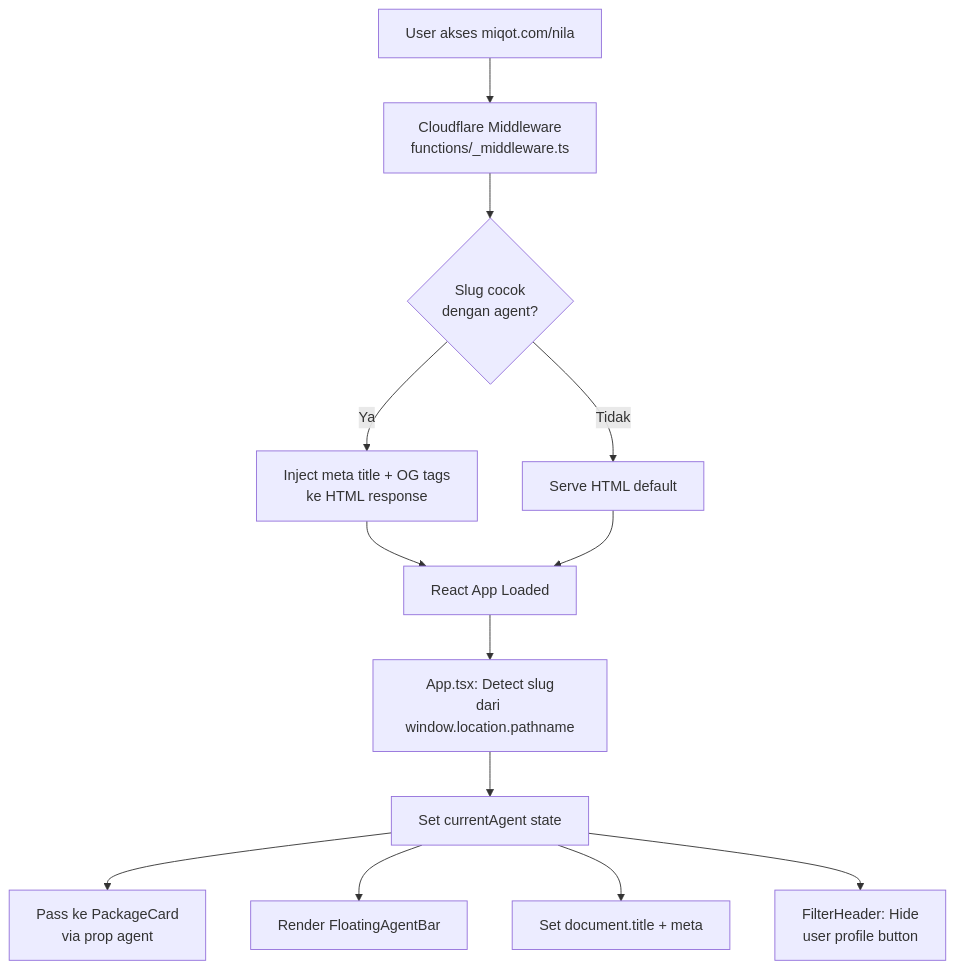
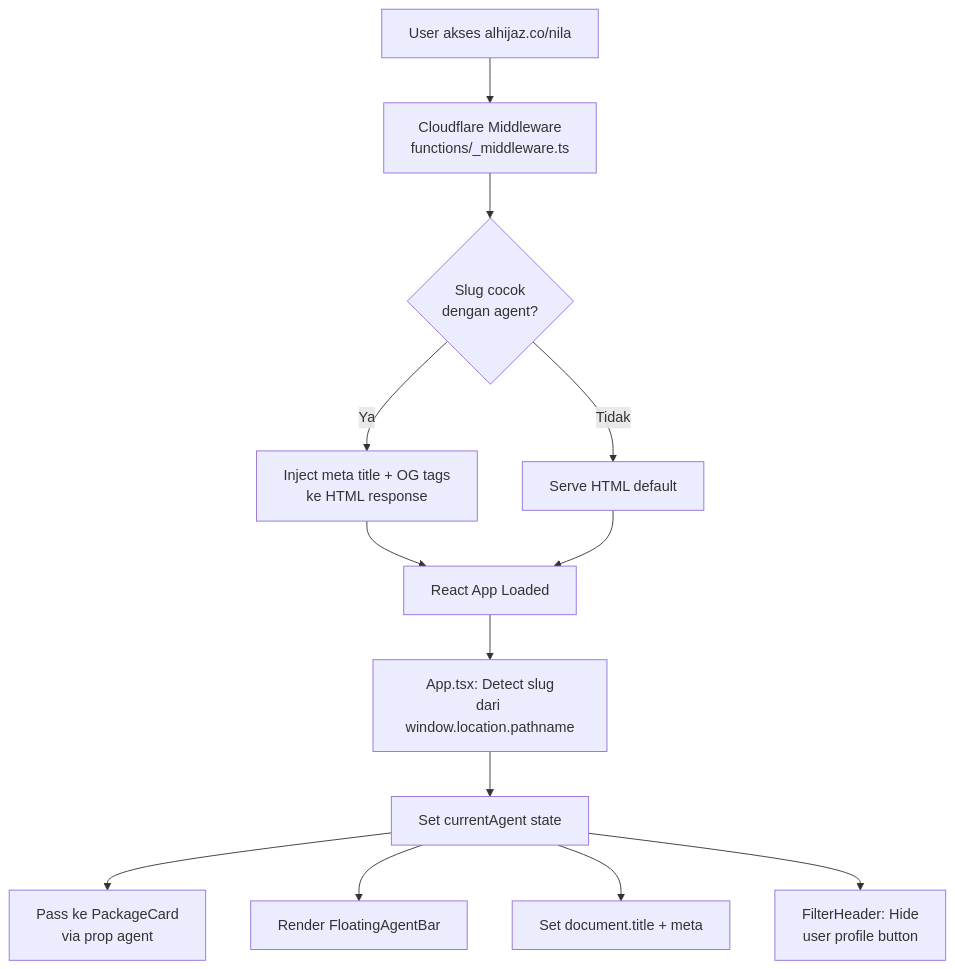
The diagram in docs/AGENT-PROFILE.md (digivocreative/miqot), drawn with Mermaid before and after one commit. The commit also changed other lines of this file and 6 other files, not shown here.

````diff
--- a/docs/AGENT-PROFILE.md
+++ b/docs/AGENT-PROFILE.md
@@ -11,15 +11,15 @@
 ```mermaid
 graph TD
-    A["User akses miqot.com/nila"] --> B["Cloudflare Middleware<br/>functions/_middleware.ts"]
+    A["User akses alhijaz.co/nila"] --> B["Cloudflare Middleware<br/>functions/_middleware.ts"]
     B --> C{"Slug cocok<br/>dengan agent?"}
     C -->|Ya| D["Inject meta title + OG tags<br/>ke HTML response"]
     C -->|Tidak| E["Serve HTML default"]
     D --> F["React App Loaded"]
     E --> F
     F --> G["App.tsx: Detect slug<br/>dari window.location.pathname"]
     G --> H["Set currentAgent state"]
     H --> I["Pass ke PackageCard<br/>via prop agent"]
     H --> J["Render FloatingAgentBar"]
     H --> K["Set document.title + meta"]
     H --> L["FilterHeader: Hide<br/>user profile button"]
 ```
````
